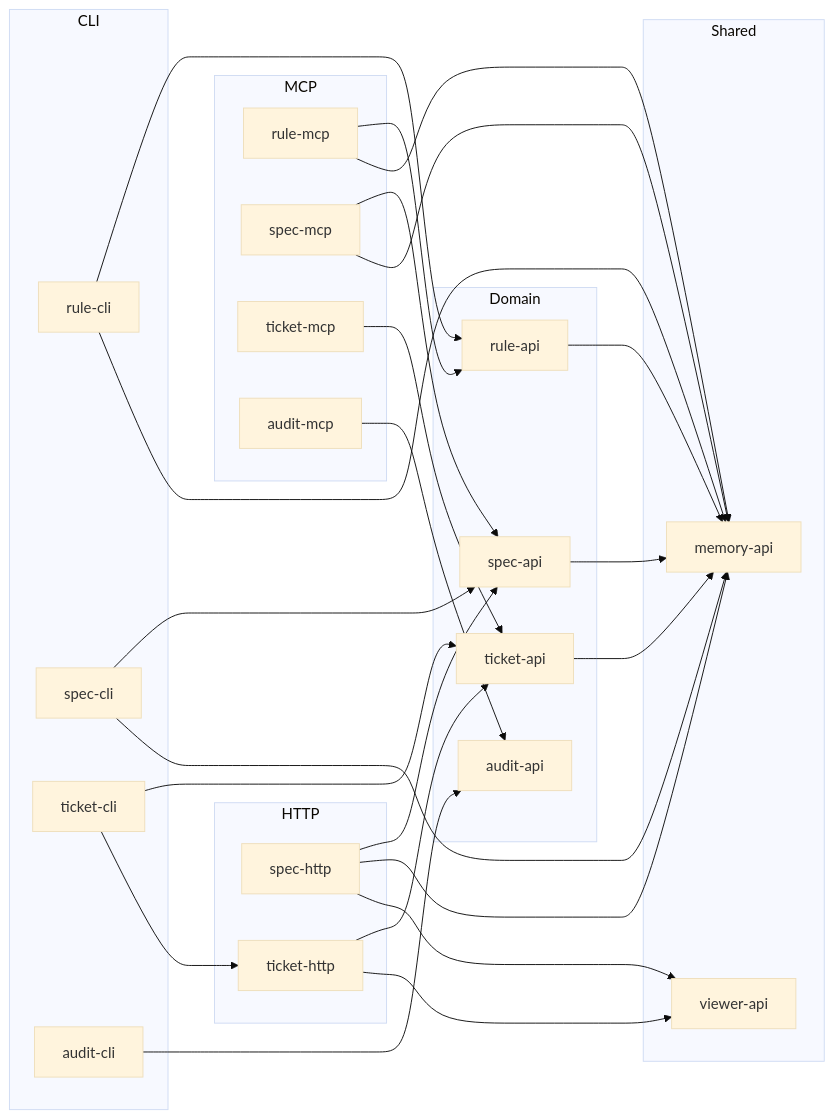
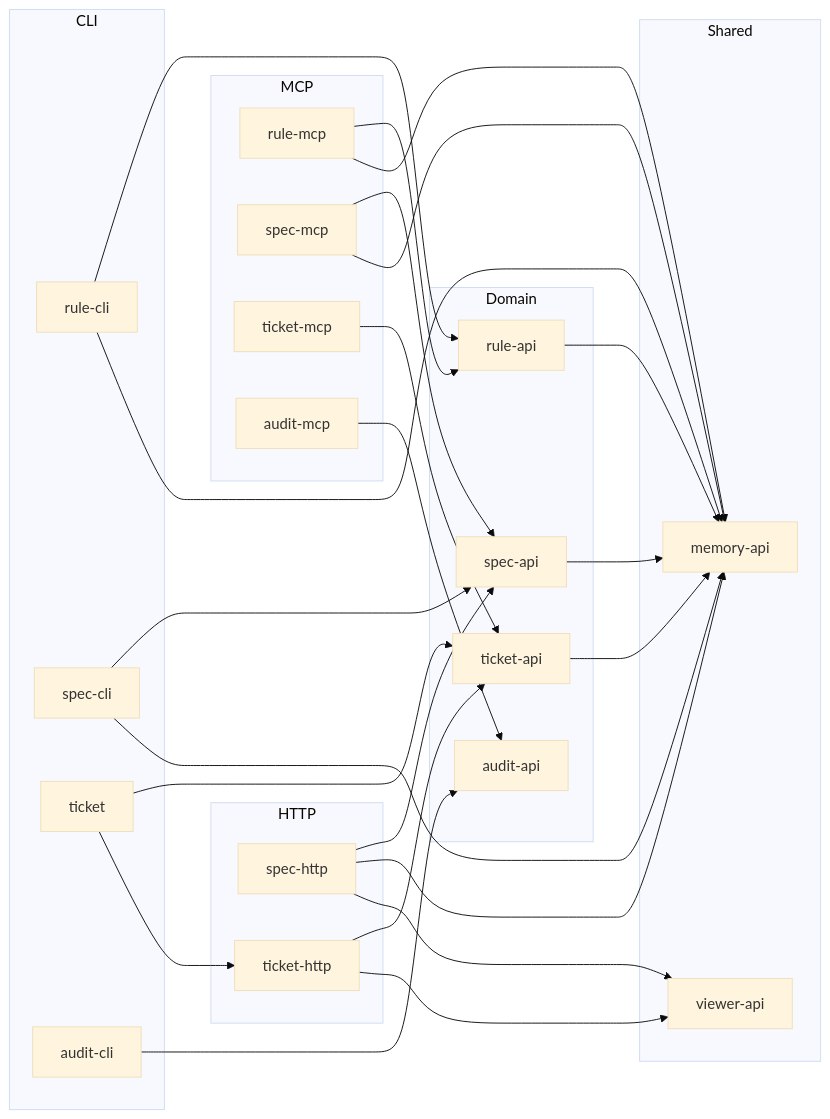
The diagram in README.md (mankinskin/memory-api), drawn with Mermaid (base theme) before and after one commit. The commit also changed other lines of this file and 1 other file, not shown here.

Commit message:
docs(ticket): correct tooling references

````diff
--- a/README.md
+++ b/README.md
@@ -32,58 +32,58 @@
 ```mermaid
 flowchart LR
     subgraph Shared
         Memory[memory-api]
         Viewer[viewer-api]
     end
 
     subgraph Domain
         Rule[rule-api]
         Spec[spec-api]
         Ticket[ticket-api]
         Audit[audit-api]
     end
 
     subgraph CLI
         RuleCli[rule-cli]
         SpecCli[spec-cli]
-        TicketCli[ticket-cli]
+        TicketCli[ticket]
         AuditCli[audit-cli]
     end
 
     subgraph MCP
         RuleMcp[rule-mcp]
         SpecMcp[spec-mcp]
         TicketMcp[ticket-mcp]
         AuditMcp[audit-mcp]
     end
 
     subgraph HTTP
         SpecHttp[spec-http]
         TicketHttp[ticket-http]
     end
 
     Rule --> Memory
     Spec --> Memory
     Ticket --> Memory
 
     RuleCli --> Rule
     RuleCli --> Memory
     SpecCli --> Spec
     SpecCli --> Memory
     TicketCli --> Ticket
     TicketCli --> TicketHttp
     AuditCli --> Audit
 
     RuleMcp --> Rule
     RuleMcp --> Memory
     SpecMcp --> Spec
     SpecMcp --> Memory
     TicketMcp --> Ticket
     AuditMcp --> Audit
 
     SpecHttp --> Spec
     SpecHttp --> Memory
     SpecHttp --> Viewer
     TicketHttp --> Ticket
     TicketHttp --> Viewer
 ```
````
